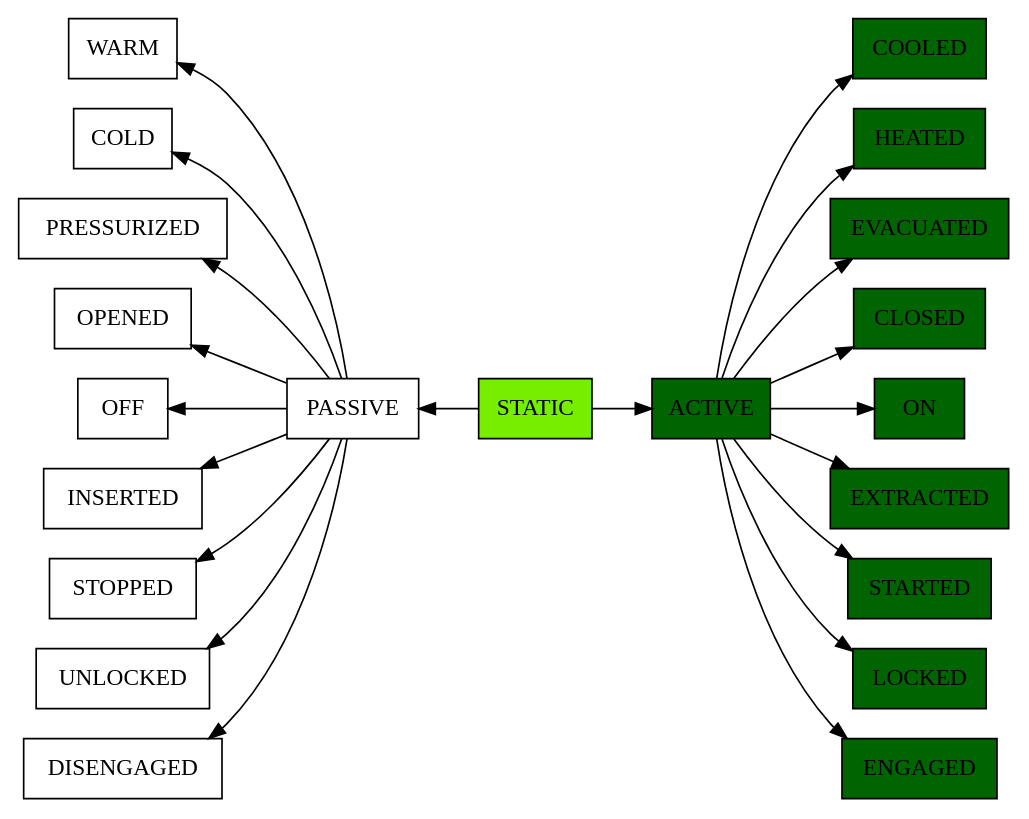
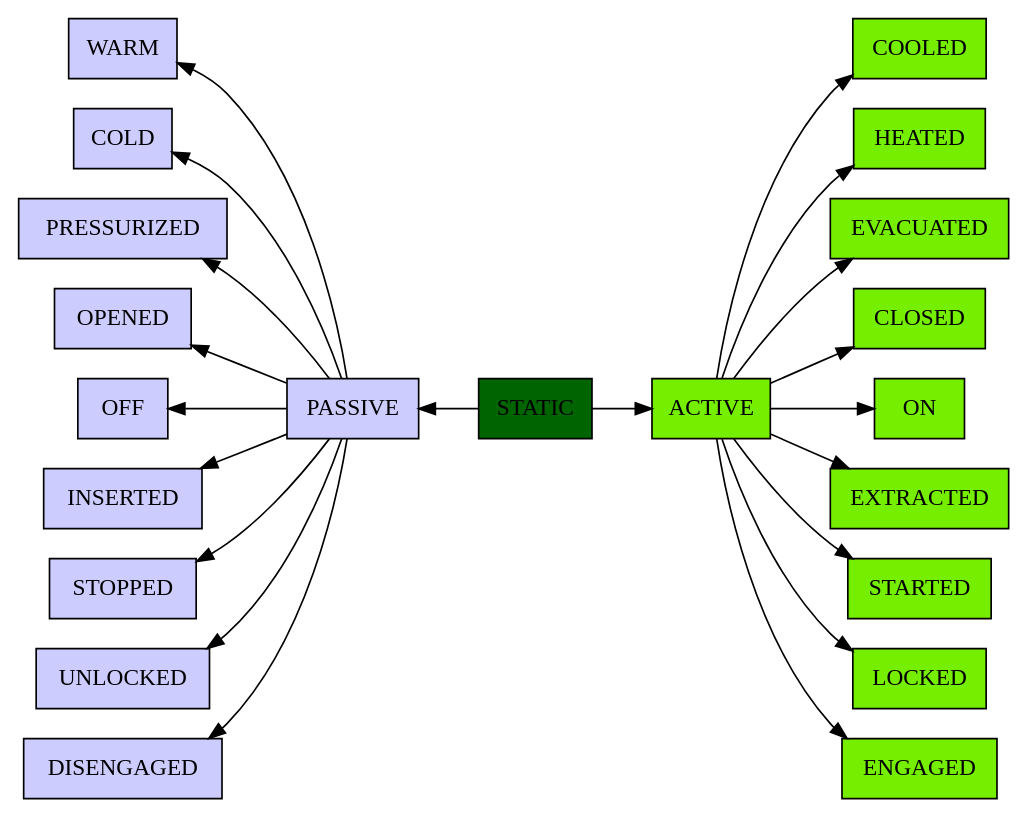
One commit to European-XFEL/Karabo changed the fifth of 7 diagrams in doc/concepts/states.rst. Above: the diagram before and after it, drawn with Graphviz. The commit also changed other lines of this file, not shown here.

```diff
--- a/doc/concepts/states.rst
+++ b/doc/concepts/states.rst
@@ -488,67 +488,67 @@
 .. digraph:: state_transitions
 
     rankdir = LR;
 
-    "STATIC"[shape = box style=filled, fillcolor=chartreuse2]
-    "PASSIVE"[shape = box style=filled, fillcolor=white]
-    "ACTIVE"[shape = box style=filled, fillcolor=darkgreen]
+    "STATIC"[shape = box style=filled, fillcolor=darkgreen]
+    "PASSIVE"[shape = box style=filled, fillcolor="#CCCCFF"]
+    "ACTIVE"[shape = box style=filled, fillcolor=chartreuse2]
 
-    "COOLED"[shape = box style=filled, fillcolor=darkgreen]
-    "WARM"[shape = box style=filled, fillcolor=white]
+    "COOLED"[shape = box style=filled, fillcolor=chartreuse2]
+    "WARM"[shape = box style=filled, fillcolor="#CCCCFF"]
 
     "WARM"->"PASSIVE" [dir=back]
 
-    "HEATED"[shape = box style=filled, fillcolor=darkgreen]
-    "COLD"[shape = box style=filled, fillcolor=white]
+    "HEATED"[shape = box style=filled, fillcolor=chartreuse2]
+    "COLD"[shape = box style=filled, fillcolor="#CCCCFF"]
 
     "COLD"->"PASSIVE" [dir=back]
 
-    "EVACUATED"[shape = box style=filled, fillcolor=darkgreen]
-    "PRESSURIZED"[shape = box style=filled, fillcolor=white]
+    "EVACUATED"[shape = box style=filled, fillcolor=chartreuse2]
+    "PRESSURIZED"[shape = box style=filled, fillcolor="#CCCCFF"]
 
     "PRESSURIZED"->"PASSIVE" [dir=back]
     "ACTIVE"->"EVACUATED"
 
 
-    "CLOSED"[shape = box style=filled, fillcolor=darkgreen]
-    "OPENED"[shape = box style=filled, fillcolor=white]
+    "CLOSED"[shape = box style=filled, fillcolor=chartreuse2]
+    "OPENED"[shape = box style=filled, fillcolor="#CCCCFF"]
 
     "OPENED"->"PASSIVE" [dir=back]
 
-    "ON"[shape = box style=filled, fillcolor=darkgreen]
-    "OFF"[shape = box style=filled, fillcolor=white]
+    "ON"[shape = box style=filled, fillcolor=chartreuse2]
+    "OFF"[shape = box style=filled, fillcolor="#CCCCFF"]
 
     "OFF"->"PASSIVE" [dir=back]
 
-    "EXTRACTED"[shape = box style=filled, fillcolor=darkgreen]
-    "INSERTED"[shape = box style=filled, fillcolor=white]
+    "EXTRACTED"[shape = box style=filled, fillcolor=chartreuse2]
+    "INSERTED"[shape = box style=filled, fillcolor="#CCCCFF"]
 
     "INSERTED"->"PASSIVE" [dir=back]
 
-    "STARTED"[shape = box style=filled, fillcolor=darkgreen]
-    "STOPPED"[shape = box style=filled, fillcolor=white]
+    "STARTED"[shape = box style=filled, fillcolor=chartreuse2]
+    "STOPPED"[shape = box style=filled, fillcolor="#CCCCFF"]
 
     "STOPPED"->"PASSIVE" [dir=back]
 
-    "LOCKED"[shape = box style=filled, fillcolor=darkgreen]
-    "UNLOCKED"[shape = box style=filled, fillcolor=white]
+    "LOCKED"[shape = box style=filled, fillcolor=chartreuse2]
+    "UNLOCKED"[shape = box style=filled, fillcolor="#CCCCFF"]
 
     "UNLOCKED"->"PASSIVE" [dir=back]
 
-    "ENGAGED"[shape = box style=filled, fillcolor=darkgreen]
-    "DISENGAGED"[shape = box style=filled, fillcolor=white]
+    "ENGAGED"[shape = box style=filled, fillcolor=chartreuse2]
+    "DISENGAGED"[shape = box style=filled, fillcolor="#CCCCFF"]
 
     "DISENGAGED"->"PASSIVE" [dir=back]
 
 
     "PASSIVE" -> "STATIC"[dir=back]
     "STATIC" -> "ACTIVE"
 
     "ACTIVE"->"LOCKED"
     "ACTIVE"->"STARTED"
     "ACTIVE"->"EXTRACTED"
     "ACTIVE"->"ON"
     "ACTIVE"->"CLOSED"
     "ACTIVE"->"HEATED"
     "ACTIVE"->"COOLED"
     "ACTIVE"->"ENGAGED"
```
